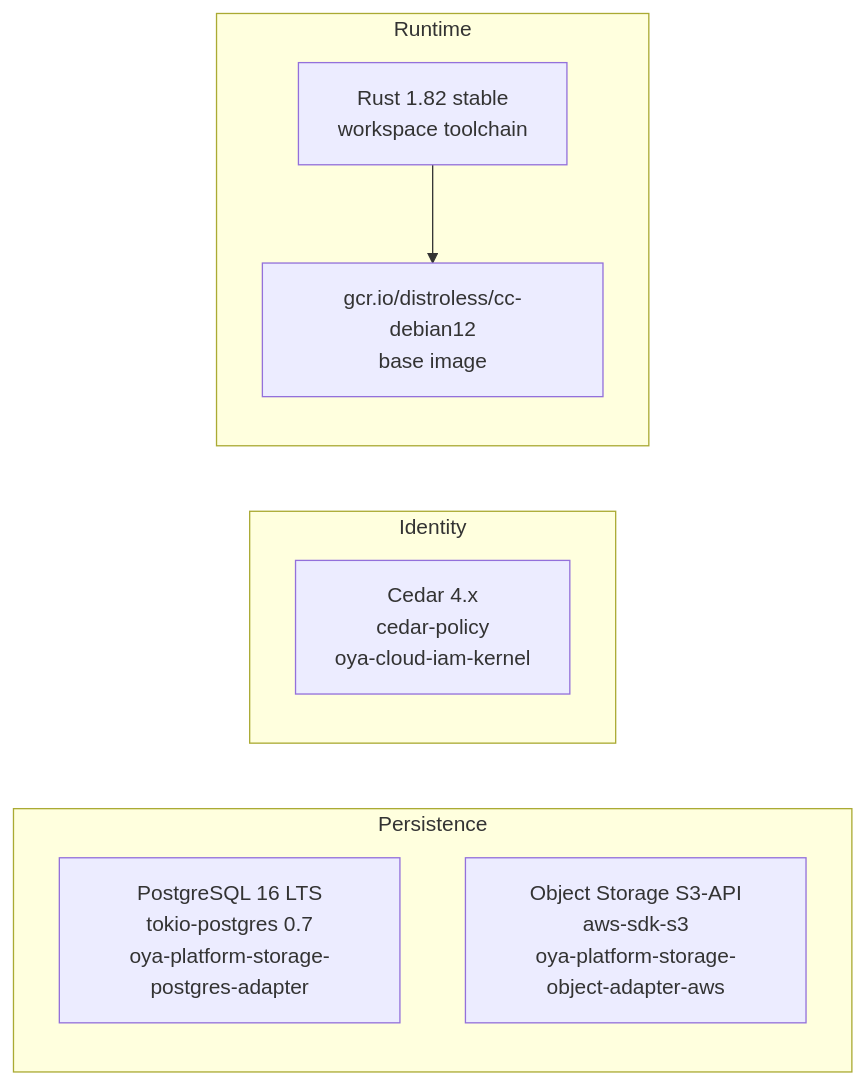
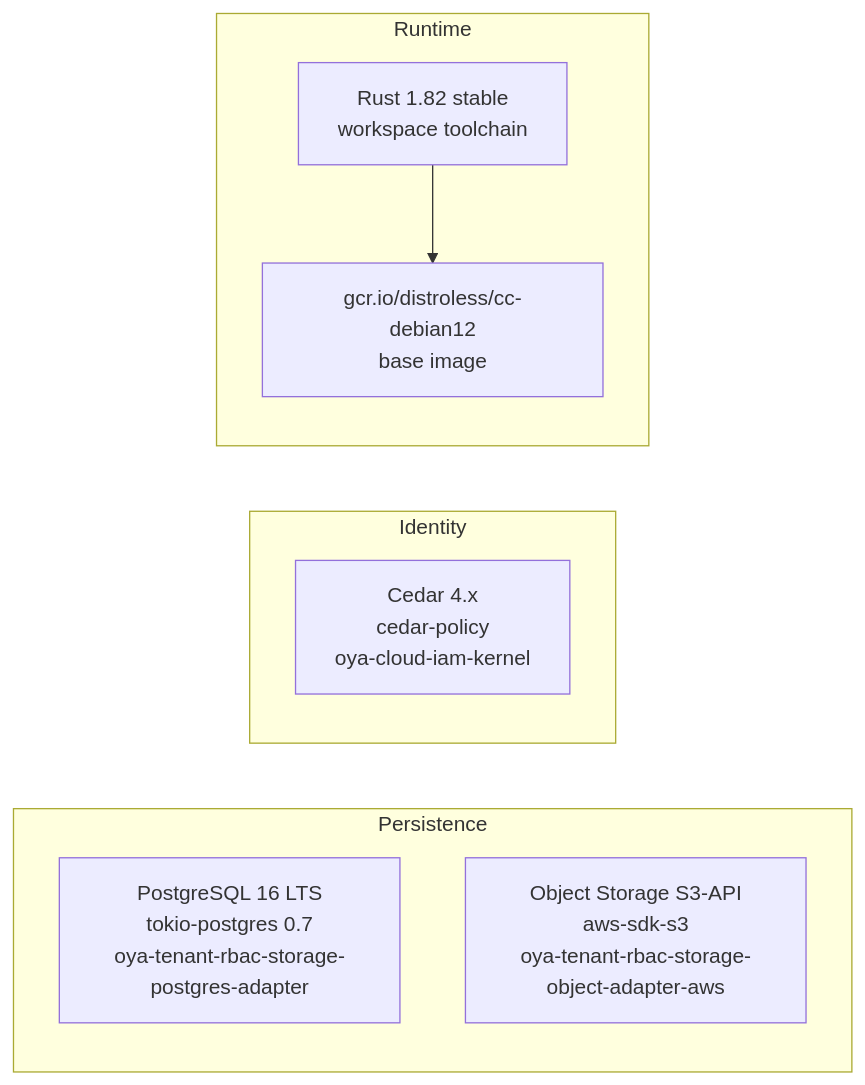
Before and after one commit to oyatie/oyatie: the diagram in docs/automation/tech-stack-map-spec.md, drawn with Mermaid. The commit also changed other lines of this file and 4074 other files, not shown here.

````diff
--- a/docs/automation/tech-stack-map-spec.md
+++ b/docs/automation/tech-stack-map-spec.md
@@ -61,15 +61,15 @@
 ```mermaid
 graph LR
   subgraph "Persistence"
-    pg["PostgreSQL 16 LTS<br/>tokio-postgres 0.7<br/>oya-platform-storage-postgres-adapter"]
-    obj["Object Storage S3-API<br/>aws-sdk-s3<br/>oya-platform-storage-object-adapter-aws"]
+    pg["PostgreSQL 16 LTS<br/>tokio-postgres 0.7<br/>oya-tenant-rbac-storage-postgres-adapter"]
+    obj["Object Storage S3-API<br/>aws-sdk-s3<br/>oya-tenant-rbac-storage-object-adapter-aws"]
   end
   subgraph "Identity"
     cedar["Cedar 4.x<br/>cedar-policy<br/>oya-cloud-iam-kernel"]
   end
   subgraph "Runtime"
     rust["Rust 1.82 stable<br/>workspace toolchain"]
     distroless["gcr.io/distroless/cc-debian12<br/>base image"]
   end
   rust --> distroless
 ```
````
